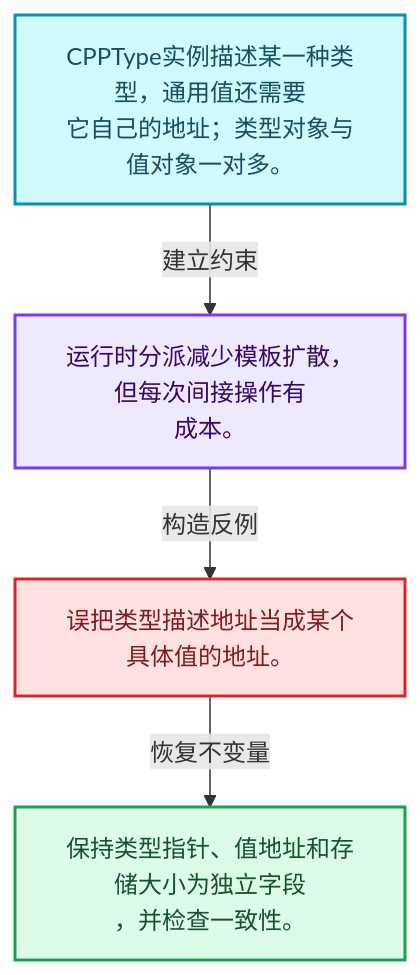
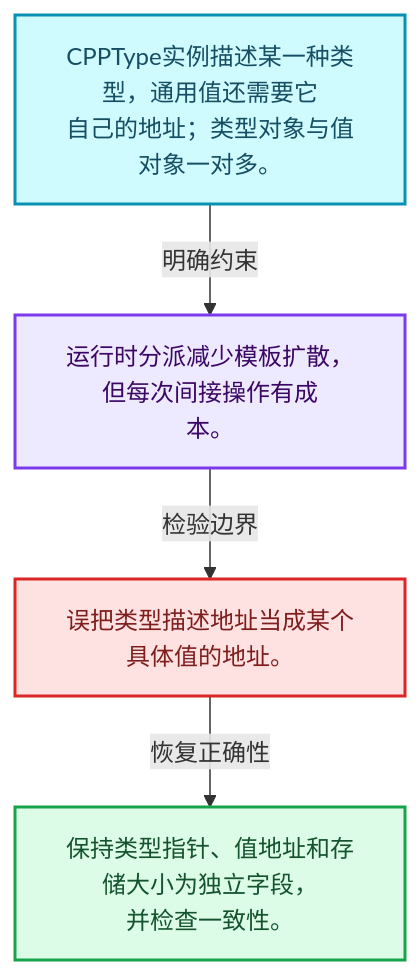
Before and after one commit to yunkezengren/blender-.vscode: the first of 4 diagrams in 杂/markdown/全面学习-codex/03-内存分配与运行时类型/06-CPPType总体接口.md, drawn with Mermaid. The commit also changed other lines of this file and 1930 other files, not shown here.

````diff
--- a/杂/markdown/全面学习-codex/03-内存分配与运行时类型/06-CPPType总体接口.md
+++ b/杂/markdown/全面学习-codex/03-内存分配与运行时类型/06-CPPType总体接口.md
@@ -29,16 +29,16 @@
 ```mermaid
 flowchart TB
-  M["CPPType实例描述某一种类型，通用值还需要<br/>它自己的地址；类型对象与值对象一对多。"]:::data
-  T["运行时分派减少模板扩散，但每次间接操作有<br/>成本。"]:::abstraction
-  X["误把类型描述地址当成某个具体值的地址。"]:::error
-  A["保持类型指针、值地址和存储大小为独立字段<br/>，并检查一致性。"]:::result
-  M -->|"建立约束"| T
-  T -->|"构造反例"| X
-  X -->|"恢复不变量"| A
+  M["CPPType实例描述某一种类型，通用值还需要它<br/>自己的地址；类型对象与值对象一对多。"]:::data
+  C["运行时分派减少模板扩散，但每次间接操作有成<br/>本。"]:::abstraction
+  B["误把类型描述地址当成某个具体值的地址。"]:::error
+  R["保持类型指针、值地址和存储大小为独立字段，<br/>并检查一致性。"]:::result
+  M -->|"明确约束"| C
+  C -->|"检验边界"| B
+  B -->|"恢复正确性"| R
   classDef input fill:#DBEAFE,stroke:#2563EB,color:#172554,stroke-width:2px;
   classDef data fill:#CFFAFE,stroke:#0891B2,color:#164E63,stroke-width:2px;
   classDef abstraction fill:#EDE9FE,stroke:#7C3AED,color:#3B0764,stroke-width:2px;
   classDef compute fill:#FEF3C7,stroke:#D97706,color:#78350F,stroke-width:2px;
   classDef result fill:#DCFCE7,stroke:#16A34A,color:#14532D,stroke-width:2px;
   classDef error fill:#FEE2E2,stroke:#DC2626,color:#7F1D1D,stroke-width:2px;
 ```
````
